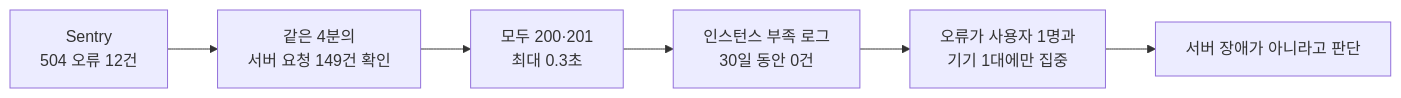
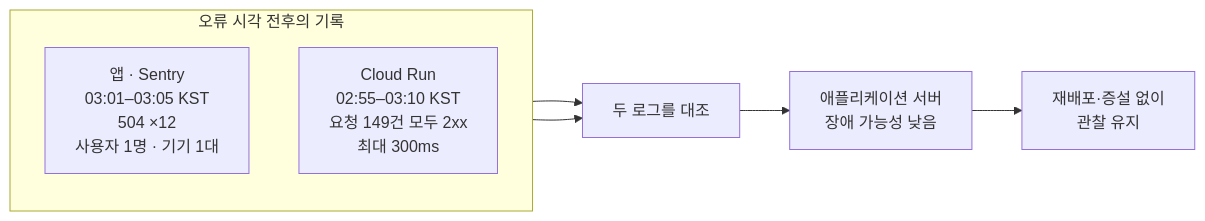
Before and after one commit to Jinacker/PortFolio: the diagram in public/mds/katsu-map/ts-4-sentry504.md, drawn with Mermaid. The commit also changed other lines of this file and 6 other files, not shown here.

````diff
--- a/public/mds/katsu-map/ts-4-sentry504.md
+++ b/public/mds/katsu-map/ts-4-sentry504.md
@@ -22,8 +24,13 @@
 ```mermaid
 flowchart LR
-    A["Sentry<br/>504 오류 12건"] --> B["같은 4분의<br/>서버 요청 149건 확인"]
-    B --> C["모두 200·201<br/>최대 0.3초"]
-    C --> D["인스턴스 부족 로그<br/>30일 동안 0건"]
-    D --> E["오류가 사용자 1명과<br/>기기 1대에만 집중"]
-    E --> F["서버 장애가 아니라고 판단"]
+    subgraph Compare["오류 시각 전후의 기록"]
+        direction TB
+        Sentry["앱 · Sentry<br/>03:01–03:05 KST<br/>504 ×12<br/>사용자 1명 · 기기 1대"]
+        CloudRun["Cloud Run<br/>02:55–03:10 KST<br/>요청 149건 모두 2xx<br/>최대 300ms"]
+    end
+
+    Sentry --> Cross["두 로그를 대조"]
+    CloudRun --> Cross
+    Cross --> Judge["애플리케이션 서버<br/>장애 가능성 낮음"]
+    Judge --> Observe["재배포·증설 없이<br/>관찰 유지"]
 ```
````
